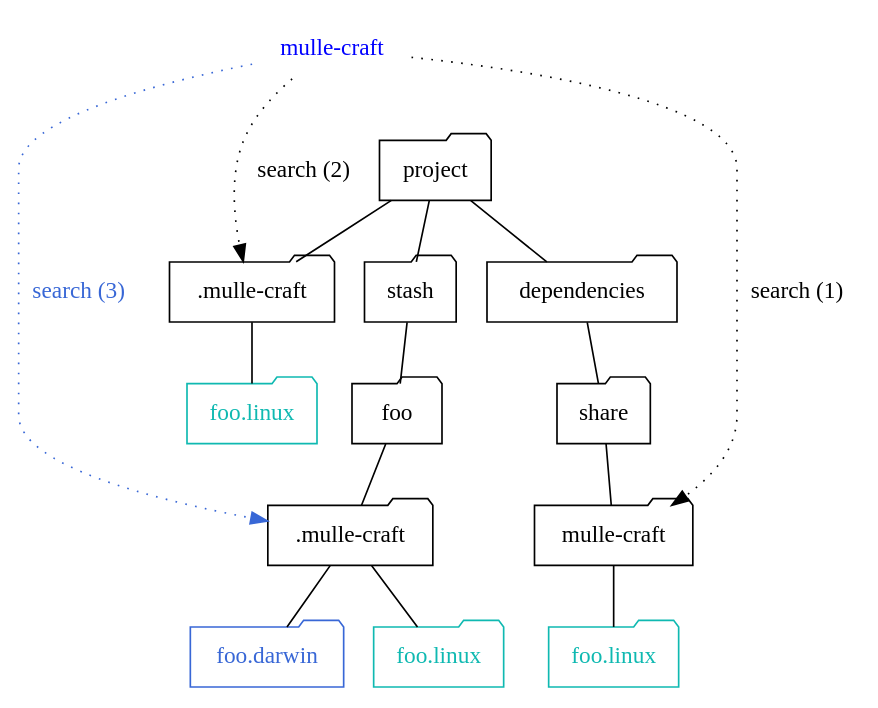
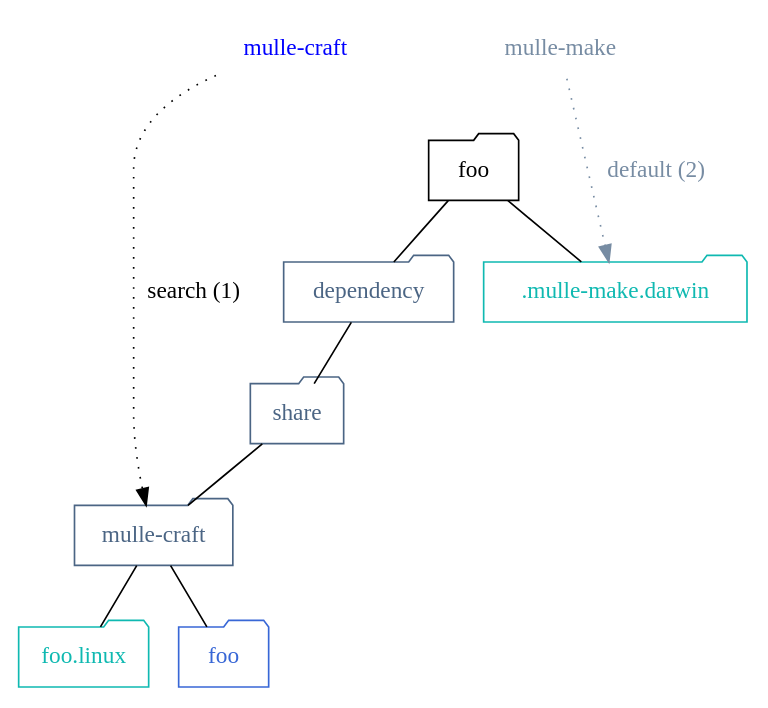
One commit to mulle-sde/mulle-craft changed the diagram in dox/searchpath.dot. Above: the diagram before and after it, drawn with Graphviz. The commit also changed 6 other files, not shown here.

```diff
--- a/dox/searchpath.dot
+++ b/dox/searchpath.dot
@@ -1,47 +1,40 @@
 digraph G {
     graph [rankdir = TD];
 
     { rank="same" ; "mulle-craft" }
 
     "mulle-craft"   [ shape="none", fontcolor="blue" ]
+    "mulle-make"   [ shape="none", fontcolor="#778ca3" ]
 
     node[ shape=folder, color="#0fb9b1", fontcolor="#0fb9b1"];
 
-    "foo1.linux"   [ label="foo.linux"]
-    "foo2.linux"   [ label="foo.linux"]
-    "foo2.darwin"  [ label="foo.darwin", fontcolor="#3867d6", color="#3867d6" ]
-    "foo3.linux"   [ label="foo.linux"]
+    ".mulle-make.darwin"   [ label=".mulle-make.darwin"]
+    "foo2.linux"           [ label="foo.linux"]
+    "foo2"                  [ label="foo", fontcolor="#3867d6", color="#3867d6" ]
 
     node[ shape=folder, color="#7f8c8d", fontcolor="#7f8c8d"];
     edge[ arrowhead="none", color="#7f8c8d"];
 
 
     edge[  arrowhead="none", color="black"];
     node[ shape=folder, color="black", fontcolor="black"];
 
-    "project"       -> "mulle-craft1"
-    "mulle-craft1"  -> "foo1.linux"
-    "mulle-craft1"   [ label=".mulle-craft"]
+    "foo"          -> ".mulle-make.darwin"
 
-    "project"       -> "stash"
-    "stash"         -> "foo2"
-    "foo2"      -> "mulle-craft2"
-    "mulle-craft2"  -> "foo2.linux"
-    "mulle-craft2"  -> "foo2.darwin"
-    "foo2"       [ label="foo"]
-    "mulle-craft2"   [ label=".mulle-craft"]
+    node[ shape=folder, color="#4b6584", fontcolor="#4b6584"];
 
-    "project"      -> "dependencies"
-    "dependencies" -> "share"
-    "share"        -> "mulle-craft3"
-    "mulle-craft3" -> "foo3.linux"
-    "mulle-craft3"  [ label="mulle-craft"]
+    "foo"          -> "dependency"
+    "dependency"   -> "share"
+    "share"        -> "mulle-craft1"
+    "mulle-craft1" -> "foo2.linux"
+    "mulle-craft1" -> "foo2"
+    "mulle-craft1"  [ label="mulle-craft"]
 
     edge[ style="dotted", arrowhead=""]
 
-    "mulle-craft" -> "project"   [ style="invis" ]
+    "mulle-craft" -> "foo"   [ style="invis" ]
+    "mulle-make"  -> "foo"   [ style="invis" ]
 
-    "mulle-craft" -> "mulle-craft3"   [ label="search (1)" ]
-    "mulle-craft" -> "mulle-craft2"   [ label="search (3)", color="#3867d6", fontcolor="#3867d6"  ]
-    "mulle-craft" -> "mulle-craft1"   [ label="search (2)" ]
+    "mulle-craft" -> "mulle-craft1"        [ label="search (1)" ]
+    "mulle-make"  -> ".mulle-make.darwin"  [ label="default (2)", color="#778ca3", fontcolor="#778ca3"  ]
 }
```
